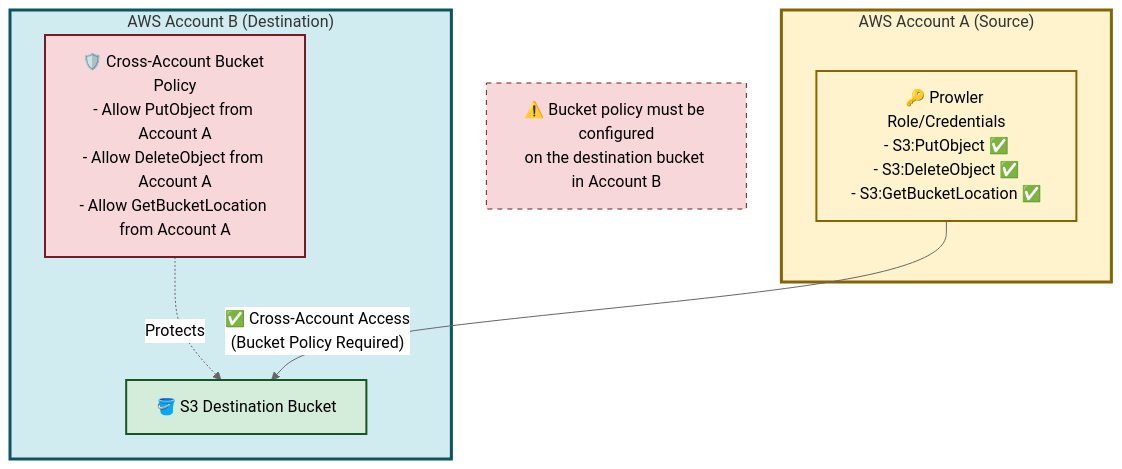
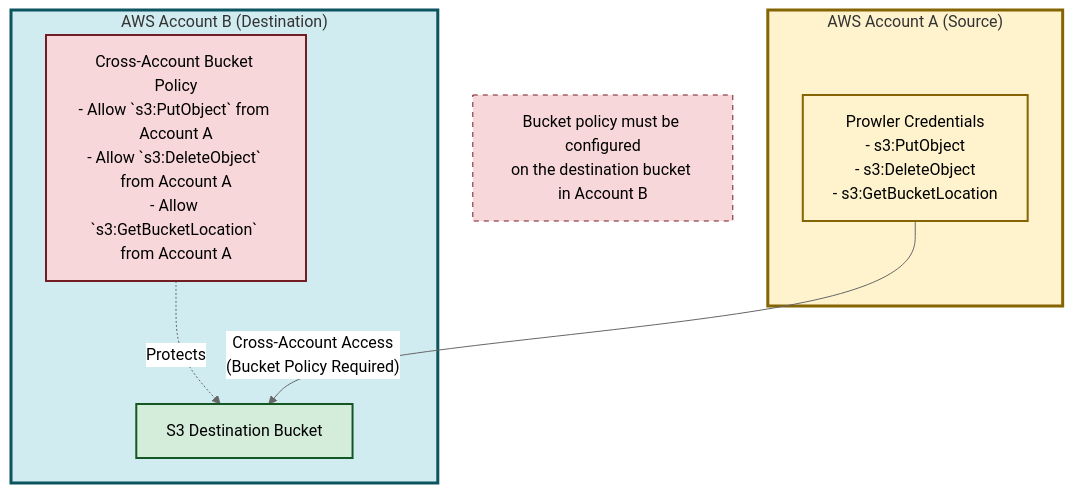
One commit to prowler-cloud/prowler changed the second of 3 diagrams in docs/tutorials/prowler-app-s3-integration.md. Above: the diagram before and after it, drawn with Mermaid (neutral theme). The commit also changed other lines of this file, not shown here.

````diff
--- a/docs/tutorials/prowler-app-s3-integration.md
+++ b/docs/tutorials/prowler-app-s3-integration.md
@@ -157,24 +154,24 @@
 ```mermaid
 graph TB
     subgraph AccountA["AWS Account A (Source)"]
-        RoleA["🔑 Prowler Role/Credentials<br/>- S3:PutObject ✅<br/>- S3:DeleteObject ✅<br/>- S3:GetBucketLocation ✅"]
+        RoleA["Prowler Credentials<br/>- s3:PutObject <br/>- s3:DeleteObject <br/>- s3:GetBucketLocation "]
     end
 
     subgraph AccountB["AWS Account B (Destination)"]
-        BucketB["🪣 S3 Destination Bucket"]
-        PolicyB["🛡️ Cross-Account Bucket Policy<br/>- Allow PutObject from Account A<br/>- Allow DeleteObject from Account A<br/>- Allow GetBucketLocation from Account A"]
+        BucketB["S3 Destination Bucket"]
+        PolicyB["Cross-Account Bucket Policy<br/>- Allow `s3:PutObject` from Account A<br/>- Allow `s3:DeleteObject` from Account A<br/>- Allow `s3:GetBucketLocation` from Account A"]
 
         PolicyB -.->|"Protects"| BucketB
     end
 
-    RoleA -->|"✅ Cross-Account Access<br/>(Bucket Policy Required)"| BucketB
+    RoleA -->|" Cross-Account Access<br/>(Bucket Policy Required)"| BucketB
 
-    Warning["⚠️ Bucket policy must be configured<br/>on the destination bucket in Account B"]
+    Warning["Bucket policy must be configured<br/>on the destination bucket in Account B"]
 
     style AccountA fill:#fff3cd,stroke:#856404,stroke-width:3px
     style AccountB fill:#d1ecf1,stroke:#0c5460,stroke-width:3px
     style RoleA fill:#fff3cd,stroke:#856404,stroke-width:2px
     style BucketB fill:#d4edda,stroke:#155724,stroke-width:2px
     style PolicyB fill:#f8d7da,stroke:#721c24,stroke-width:2px
     style Warning fill:#f8d7da,stroke:#721c24,stroke-width:1px,stroke-dasharray: 5 5
 ```
````
